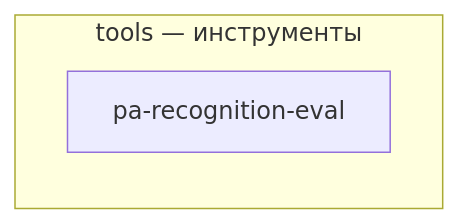
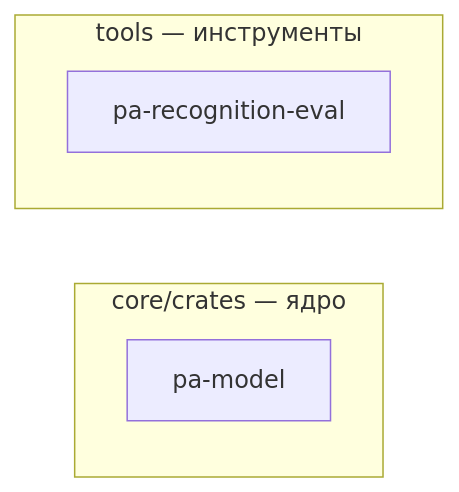
The diagram in docs/dev/crate-graph.md (DenisHumen/project_alpha), drawn with Mermaid before and after one commit. The commit also changed other lines of this file, not shown here.

Commit message:
docs: regenerate crate graph after pa-model

````diff
--- a/docs/dev/crate-graph.md
+++ b/docs/dev/crate-graph.md
@@ -12,6 +12,9 @@
 ```mermaid
 flowchart LR
-  subgraph g0["tools — инструменты"]
+  subgraph g0["core/crates — ядро"]
+    pa_model["pa-model"]
+  end
+  subgraph g1["tools — инструменты"]
     pa_recognition_eval["pa-recognition-eval"]
   end
 ```
````
